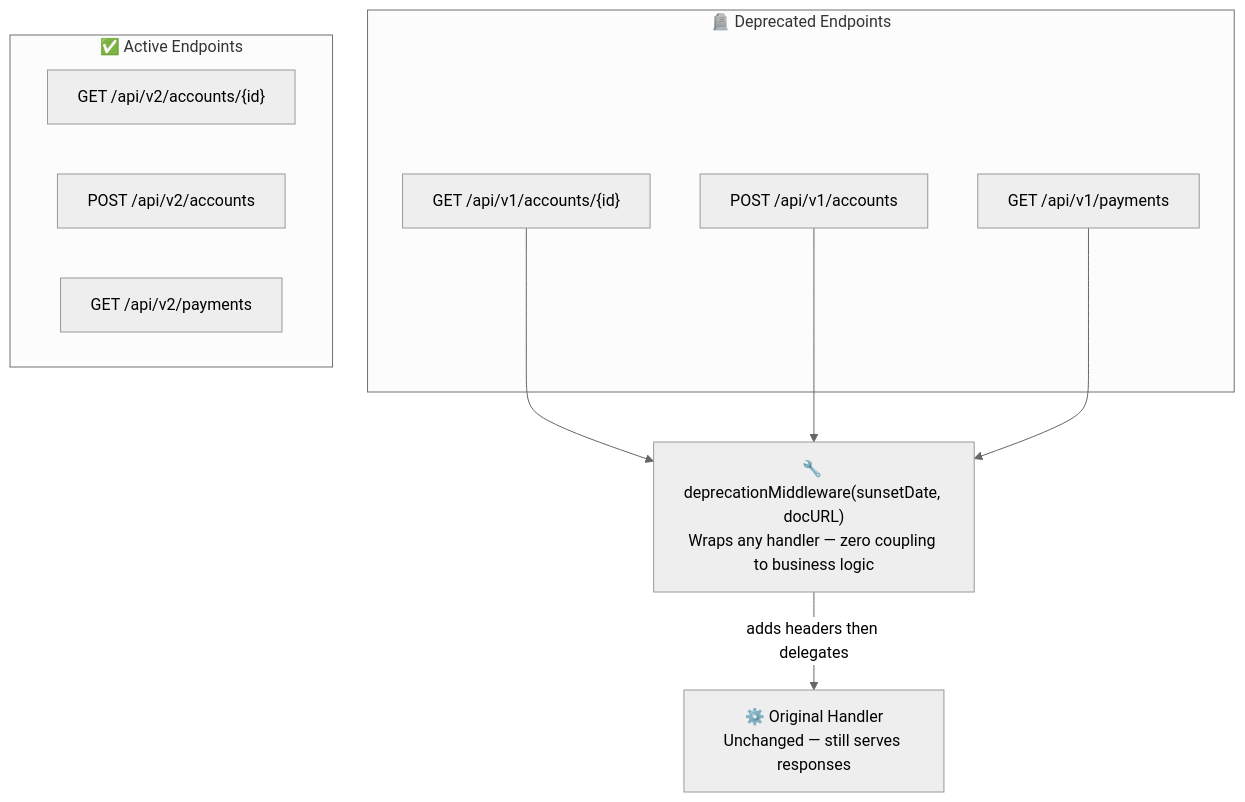
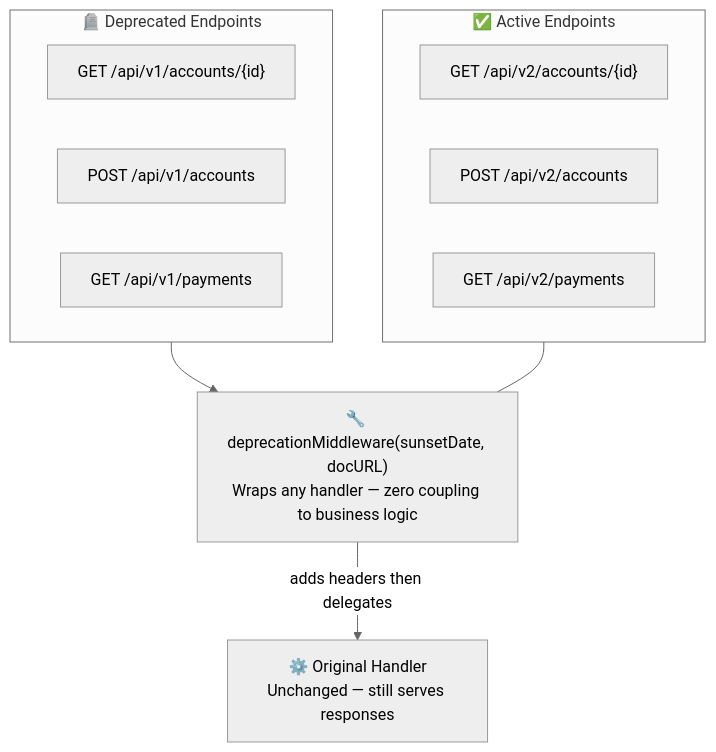
The fourth of 6 diagrams in internal/fundamentals/api-lifecycle-and-deployment/02-graceful-sunsetting.md (romangurevitch/GoTraining), drawn with Mermaid (neutral theme) before and after one commit. The commit also changed other lines of this file and 20 other files, not shown here.

````diff
--- a/internal/fundamentals/api-lifecycle-and-deployment/02-graceful-sunsetting.md
+++ b/internal/fundamentals/api-lifecycle-and-deployment/02-graceful-sunsetting.md
@@ -75,22 +76,23 @@
 ```mermaid
-graph TB
+graph TD
     subgraph Deprecated["🪦 Deprecated Endpoints"]
+        direction LR
         OLD1["GET /api/v1/accounts/{id}"]
         OLD2["POST /api/v1/accounts"]
         OLD3["GET /api/v1/payments"]
     end
 
     subgraph Active["✅ Active Endpoints"]
+        direction LR
         NEW1["GET /api/v2/accounts/{id}"]
         NEW2["POST /api/v2/accounts"]
         NEW3["GET /api/v2/payments"]
     end
 
     MW["🔧 deprecationMiddleware(sunsetDate, docURL)<br/>Wraps any handler — zero coupling to business logic"]
 
-    OLD1 --> MW
-    OLD2 --> MW
-    OLD3 --> MW
+    Deprecated --> MW
+    Active --- MW
 
     MW -->|"adds headers then delegates"| HANDLER["⚙️ Original Handler<br/>Unchanged — still serves responses"]
 ```
````
